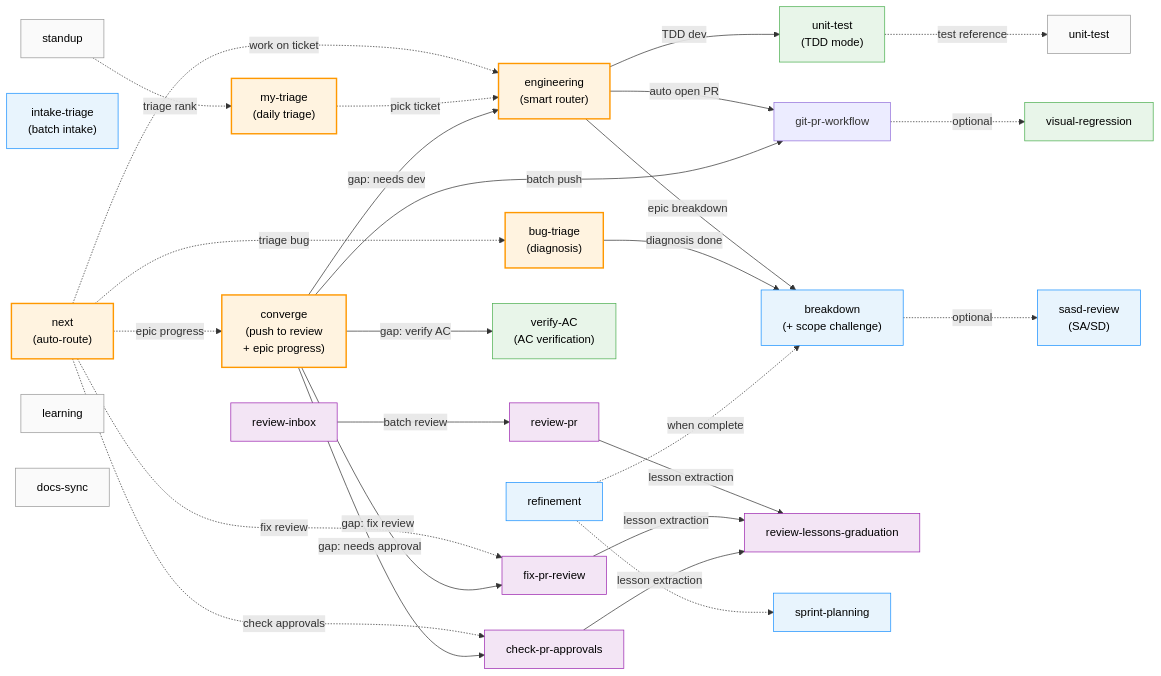
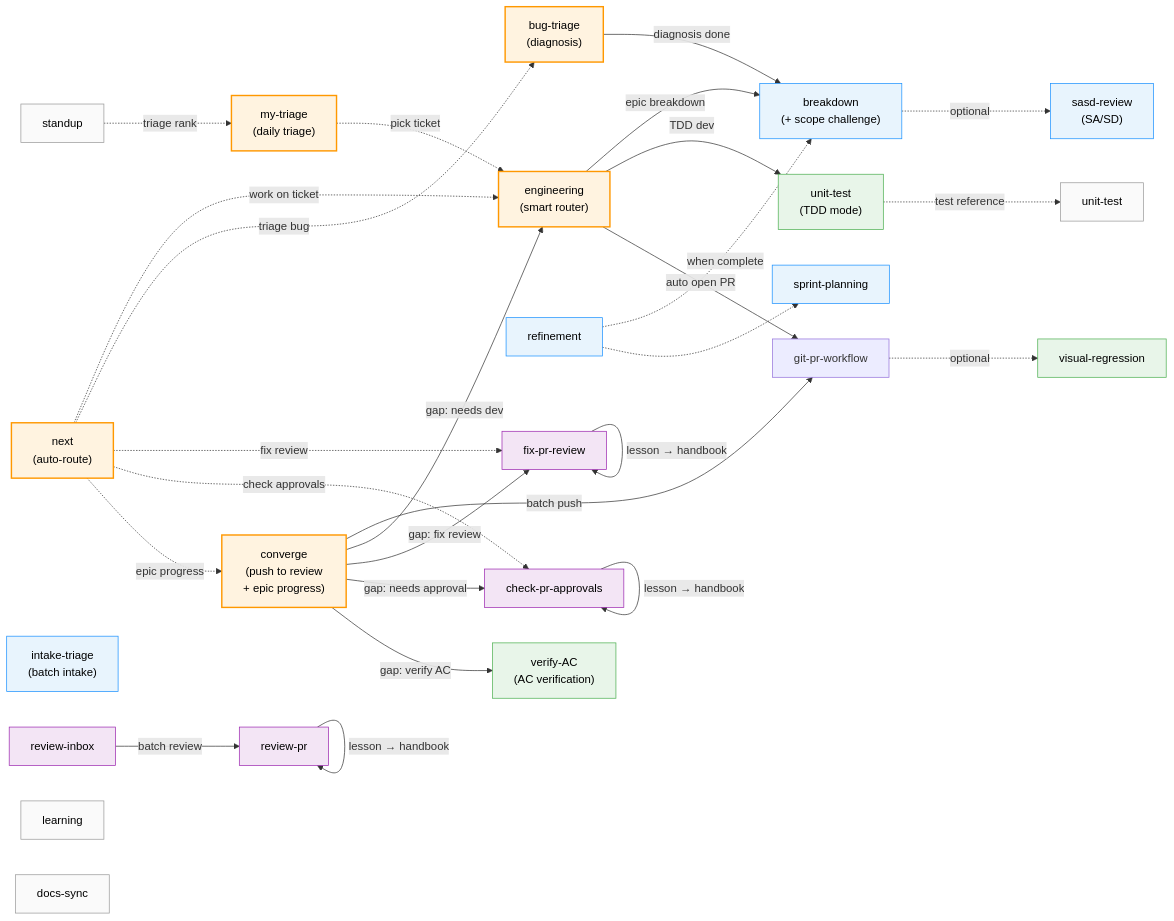
Before and after one commit to HsuanYuLee/polaris: the second of 2 diagrams in docs/workflow-guide.md, drawn with Mermaid. The commit also changed 9 other files, not shown here.

```diff
--- a/docs/workflow-guide.md
+++ b/docs/workflow-guide.md
@@ -162,8 +162,6 @@
     RP["review-pr"]
     RI["review-inbox"]
     CPA["check-pr-approvals"]
-    RLG["review-lessons-graduation"]
-
     %% ── Scrum Skills ──
     SP["sprint-planning"]
     SU["standup"]
@@ -199,9 +197,9 @@
 
     %% ── Review chain ──
     RI -->|batch review| RP
-    RP -->|lesson extraction| RLG
-    FPR -->|lesson extraction| RLG
-    CPA -->|lesson extraction| RLG
+    RP -->|lesson → handbook| RP
+    FPR -->|lesson → handbook| FPR
+    CPA -->|lesson → handbook| CPA
 
     %% ── Context router ──
     NX -.->|work on ticket| WO
@@ -232,7 +230,7 @@
 
     class WO,BT orchestrator
     class VR,VAC,UT_TDD quality
-    class RP,RI,CPA,FPR,RLG review
+    class RP,RI,CPA,FPR review
     class RF,EB,SASD,SP,IT planning
     class NX,MT,CV orchestrator
     class SU,UT,LRN,DS standalone
```
